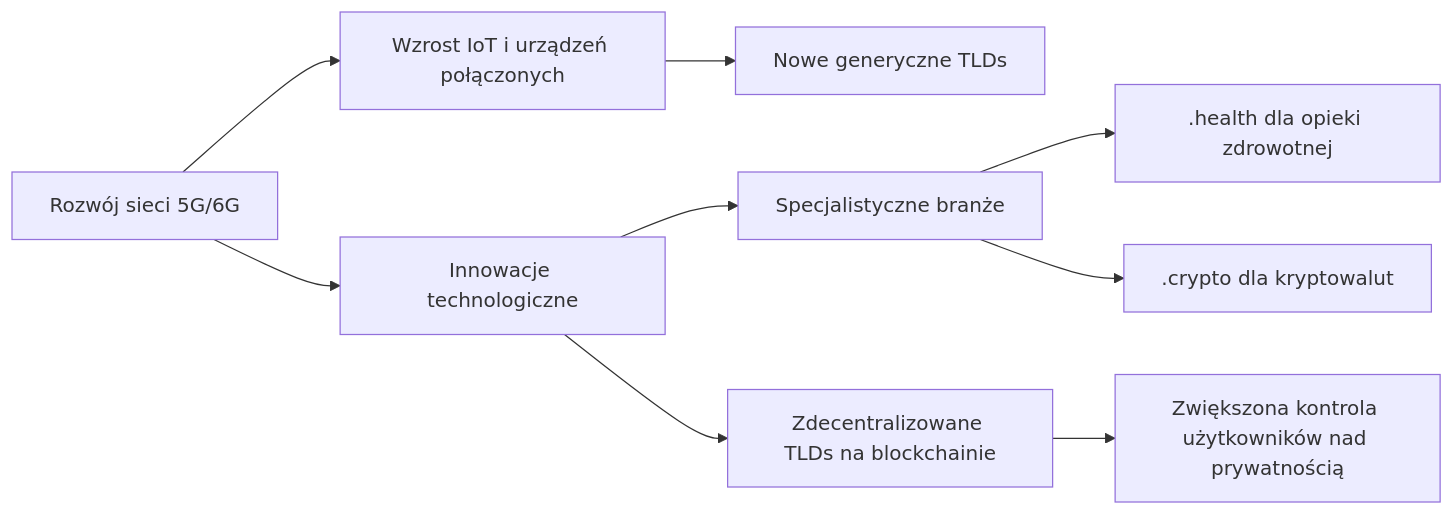
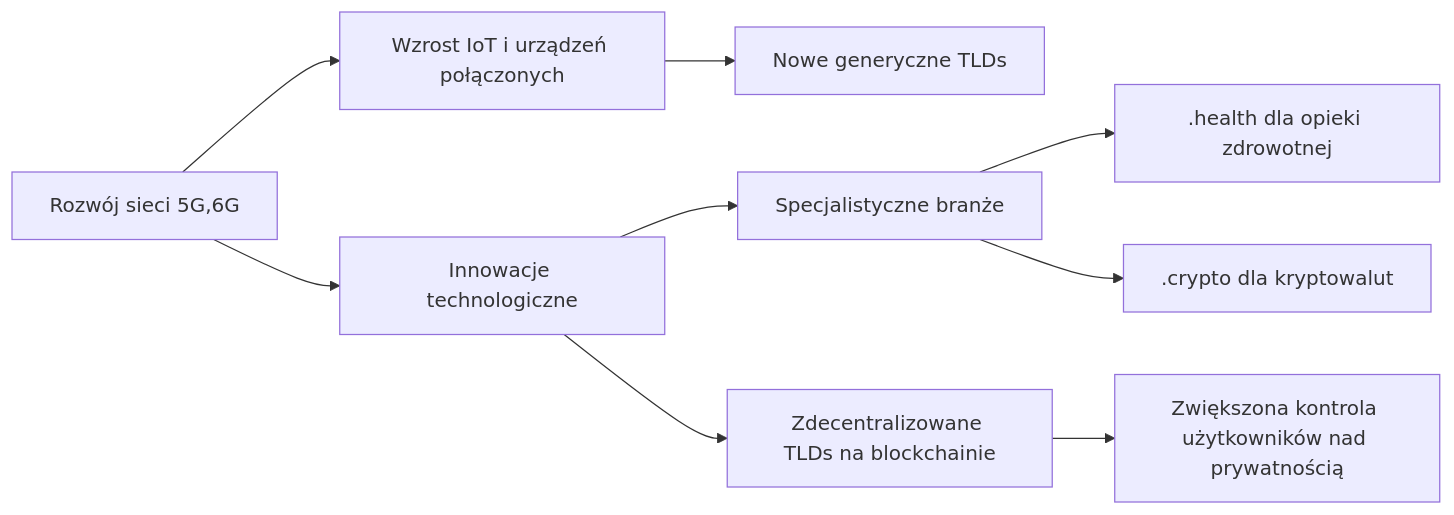
The second of 4 diagrams in README.md (teleoperator-info/2024), drawn with Mermaid before and after one commit.

````diff
--- a/README.md
+++ b/README.md
@@ -289,11 +289,11 @@
 ```mermaid
 graph LR;
-    A[Rozwój sieci 5G/6G] --> B[Wzrost IoT i urządzeń połączonych]
+    A[Rozwój sieci 5G,6G] --> B[Wzrost IoT i urządzeń połączonych]
     A --> C[Innowacje technologiczne]
     B --> D[Nowe generyczne TLDs]
     C --> E[Specjalistyczne branże]
     C --> F[Zdecentralizowane TLDs na blockchainie]
     E --> G[.health dla opieki zdrowotnej]
     E --> H[.crypto dla kryptowalut]
     F --> I[Zwiększona kontrola użytkowników nad prywatnością]
 ```
````
